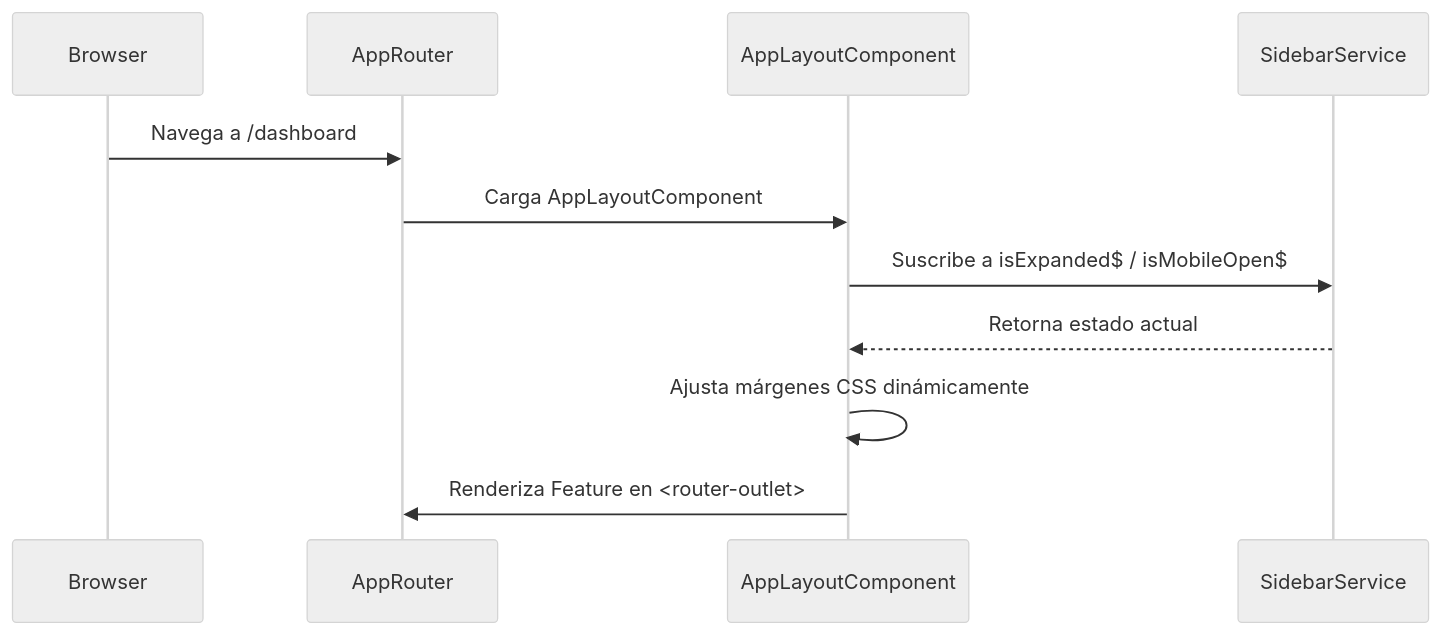
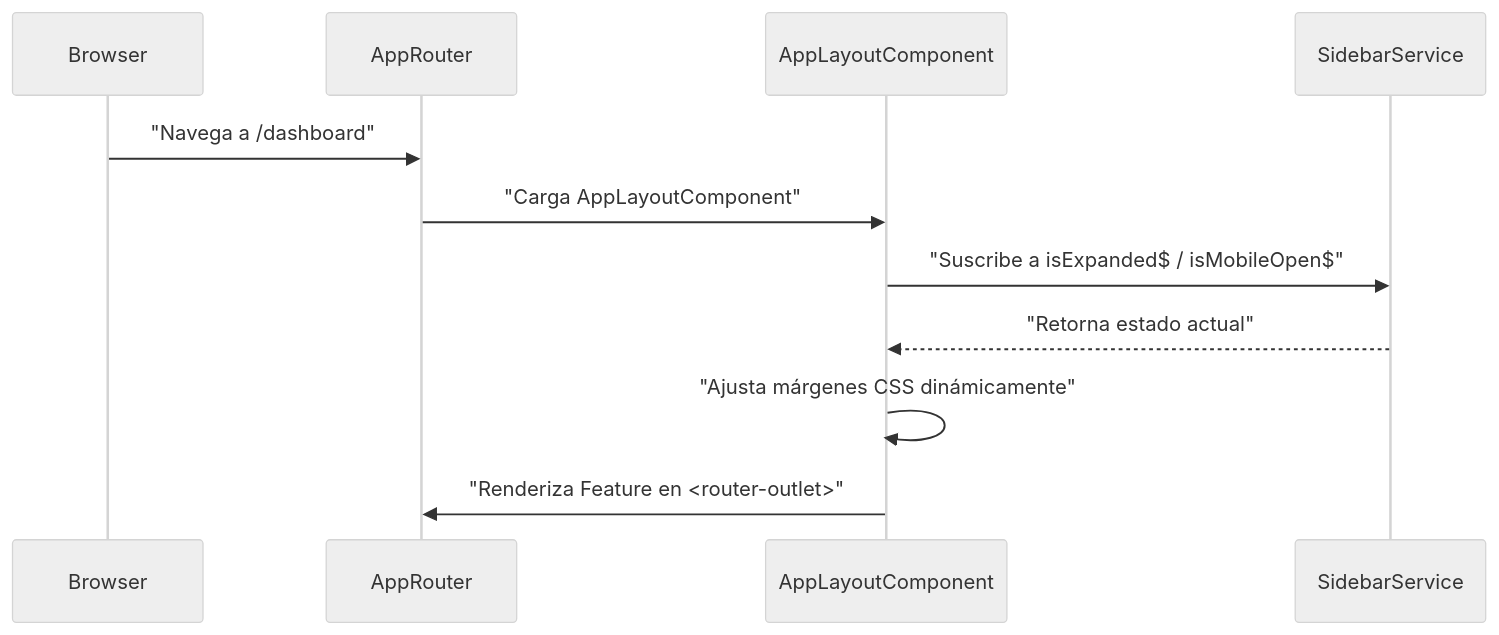
Before and after one commit to henrytaby/an-uyuni-frontend: the second of 2 diagrams in docs/LAYOUT_GUIDE.md, drawn with Mermaid (neutral theme). The commit also changed 1 other file, not shown here.

Commit message:
Layout guide and update architecture

````diff
--- a/docs/LAYOUT_GUIDE.md
+++ b/docs/LAYOUT_GUIDE.md
@@ -41,14 +41,14 @@
 ```mermaid
 sequenceDiagram
     participant Browser
     participant Router as AppRouter
     participant Shell as AppLayoutComponent
     participant Service as SidebarService
     
-    Browser->>Router: Navega a /dashboard
-    Router->>Shell: Carga AppLayoutComponent
-    Shell->>Service: Suscribe a isExpanded$ / isMobileOpen$
-    Service-->>Shell: Retorna estado actual
-    Shell->>Shell: Ajusta márgenes CSS dinámicamente
-    Shell->>Router: Renderiza Feature en <router-outlet>
+    Browser->>Router: "Navega a /dashboard"
+    Router->>Shell: "Carga AppLayoutComponent"
+    Shell->>Service: "Suscribe a isExpanded$ / isMobileOpen$"
+    Service-->>Shell: "Retorna estado actual"
+    Shell->>Shell: "Ajusta márgenes CSS dinámicamente"
+    Shell->>Router: "Renderiza Feature en <router-outlet>"
 ```
````
